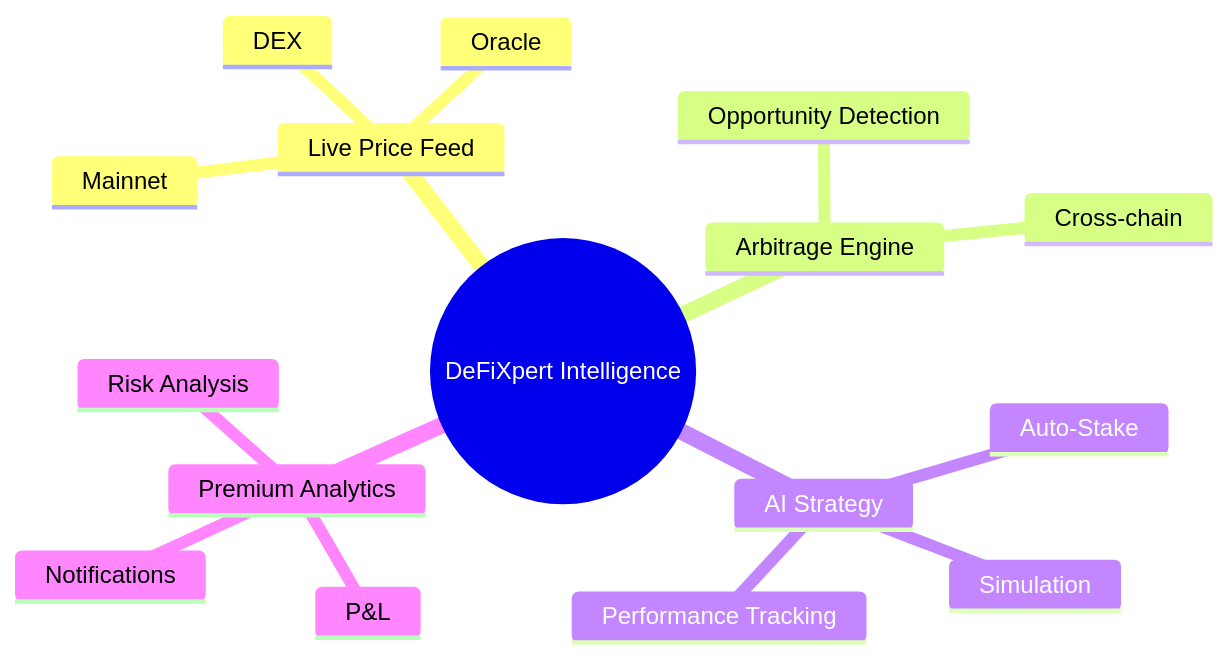
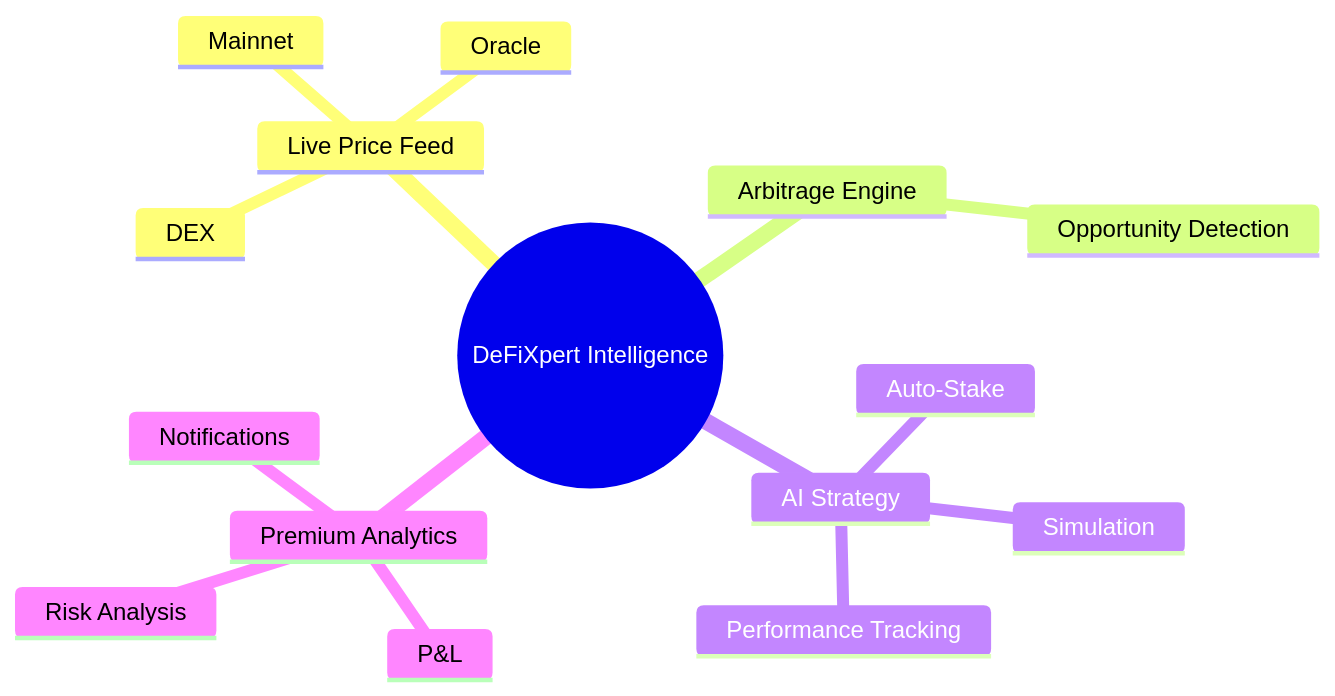
One commit to Mantis322/DeFiXpert changed the diagram in README.md. Above: the diagram before and after it, drawn with Mermaid.

Commit message:
Remove 'Cross-chain' from Arbitrage Engine
Removed 'Cross-chain' from the Arbitrage Engine section.

````diff
--- a/README.md
+++ b/README.md
@@ -26,19 +26,18 @@
 ```mermaid
 mindmap
 	root((DeFiXpert Intelligence))
 		Live Price Feed
 			Mainnet
 			DEX
 			Oracle
 		Arbitrage Engine
 			Opportunity Detection
-			Cross-chain
 		AI Strategy
 			Simulation
 			Auto-Stake
 			Performance Tracking
 		Premium Analytics
 			P&L
 			Risk Analysis
 			Notifications
 ```
````
